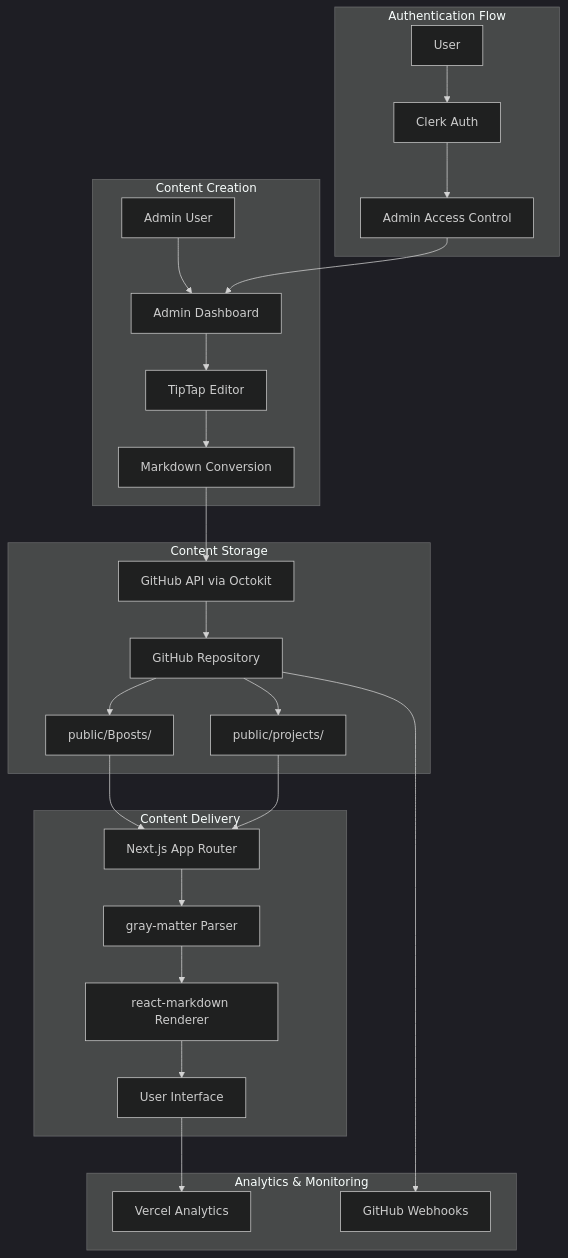
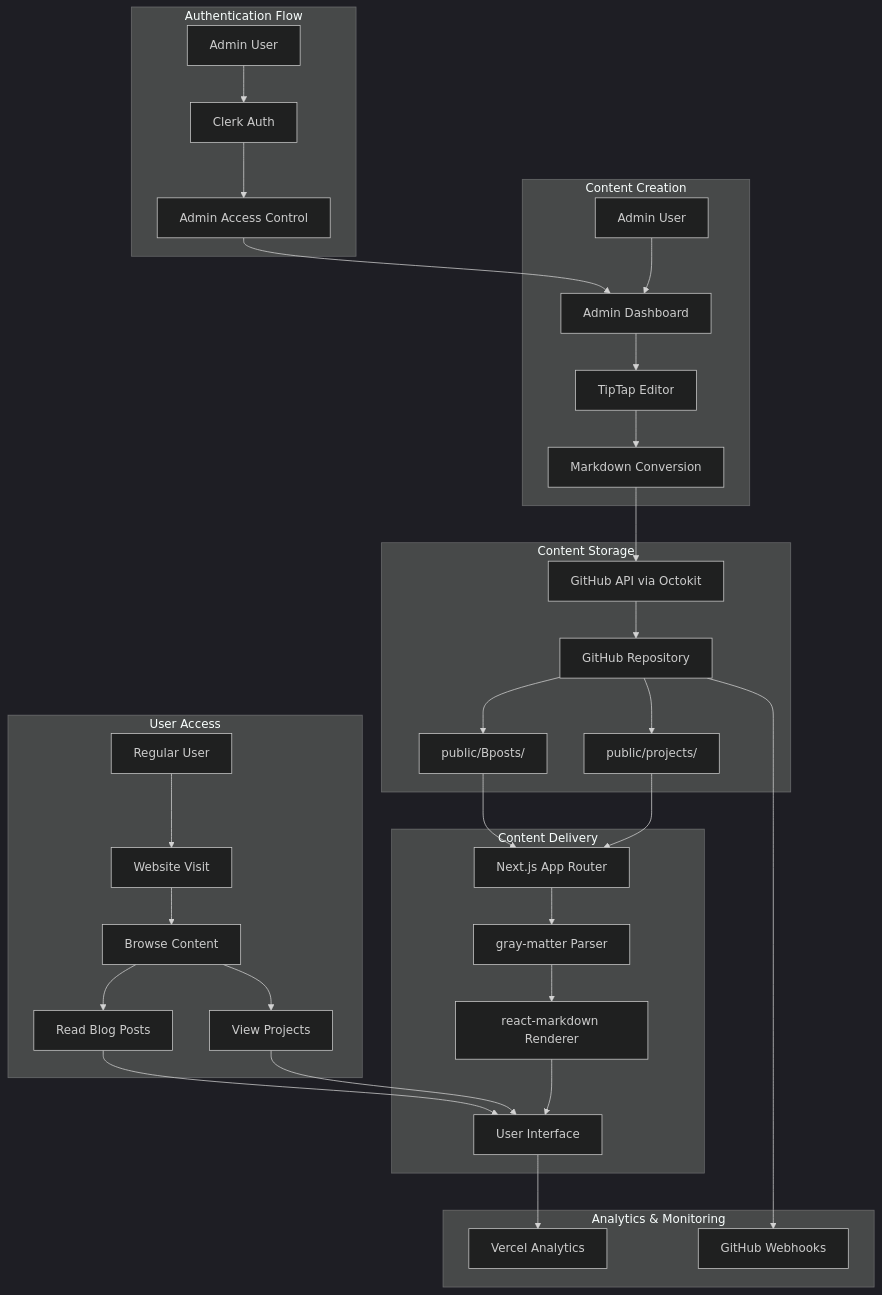
The third of 4 diagrams in README.md (rajofearth/yashrajmaher), drawn with Mermaid (dark theme) before and after one commit. The commit also changed other lines of this file, not shown here.

Commit message:
Update README diagrams with user access and admin workflow subgraphs

````diff
--- a/README.md
+++ b/README.md
@@ -225,34 +225,43 @@
 ```mermaid
 flowchart TD
     subgraph "Content Creation"
         A[Admin User] --> B[Admin Dashboard]
         B --> C[TipTap Editor]
         C --> D[Markdown Conversion]
     end
     
     subgraph "Content Storage"
         D --> E[GitHub API via Octokit]
         E --> F[GitHub Repository]
         F --> G[public/Bposts/]
         F --> H[public/projects/]
     end
     
     subgraph "Content Delivery"
         G --> I[Next.js App Router]
         H --> I
         I --> J[gray-matter Parser]
         J --> K[react-markdown Renderer]
         K --> L[User Interface]
     end
     
+    subgraph "User Access"
+        M[Regular User] --> N[Website Visit]
+        N --> O[Browse Content]
+        O --> P[Read Blog Posts]
+        O --> Q[View Projects]
+        P --> L
+        Q --> L
+    end
+    
     subgraph "Authentication Flow"
-        M[User] --> N[Clerk Auth]
-        N --> O[Admin Access Control]
-        O --> B
+        R[Admin User] --> S[Clerk Auth]
+        S --> T[Admin Access Control]
+        T --> B
     end
     
     subgraph "Analytics & Monitoring"
-        L --> P[Vercel Analytics]
-        F --> Q[GitHub Webhooks]
+        L --> U[Vercel Analytics]
+        F --> V[GitHub Webhooks]
     end
 ```
````
